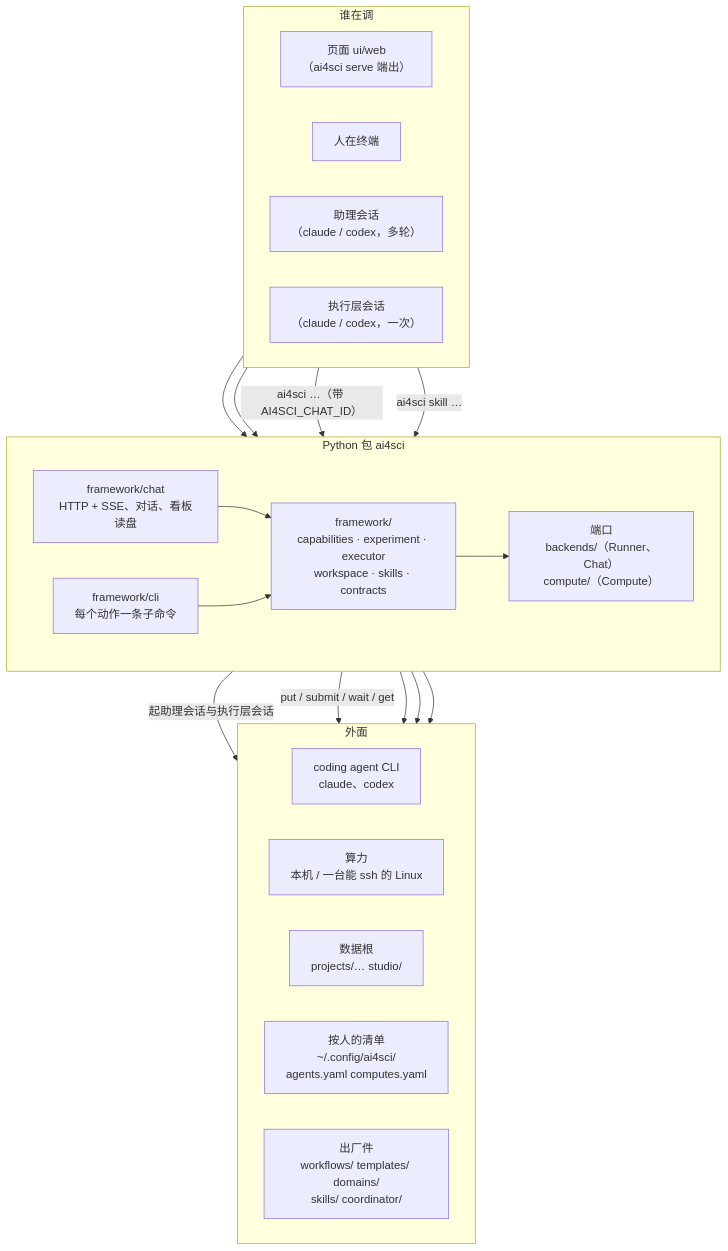
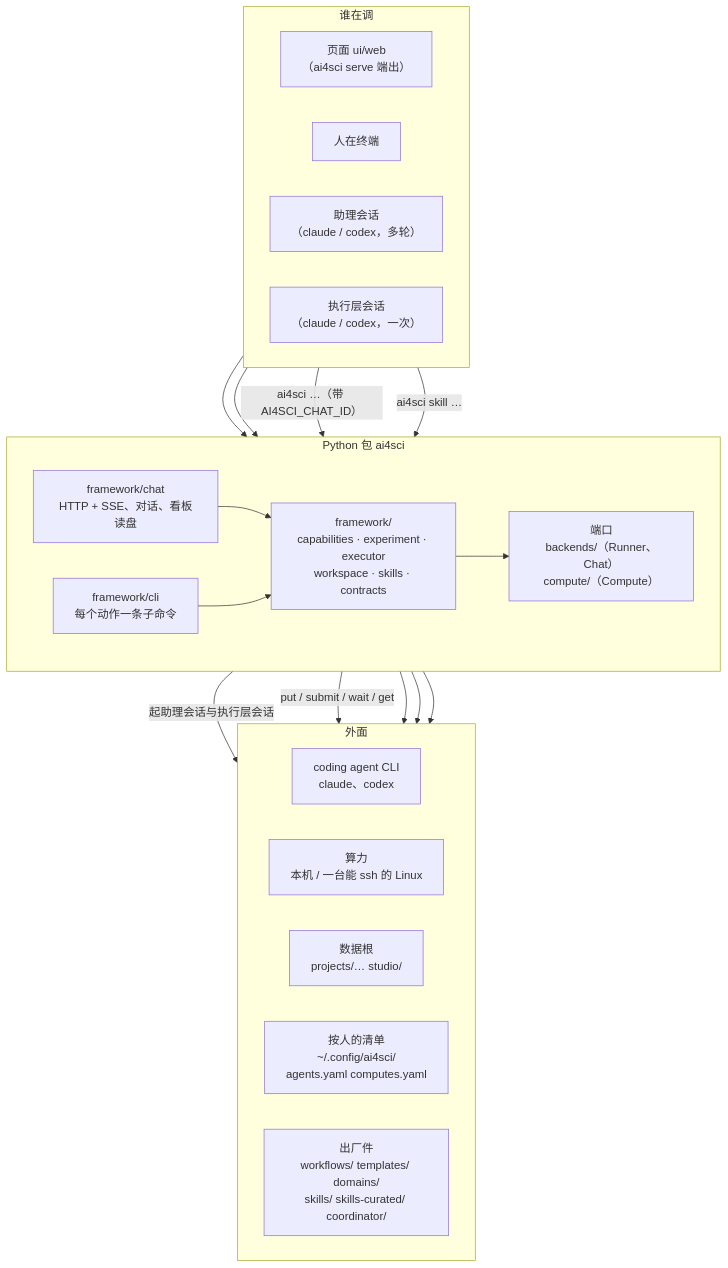
Before and after one commit to zephyr4123/TJU-AI4Science-Platform: the diagram in README.md, drawn with Mermaid. The commit also changed other lines of this file and 66 other files, not shown here.

````diff
--- a/README.md
+++ b/README.md
@@ -13,37 +13,37 @@
 ```mermaid
 flowchart TB
   subgraph CLIENTS["谁在调"]
     direction LR
     UI["页面 ui/web<br/>（ai4sci serve 端出）"]
     TERM["人在终端"]
     AST["助理会话<br/>（claude / codex，多轮）"]
     EXE["执行层会话<br/>（claude / codex，一次）"]
   end
   subgraph PKG["Python 包 ai4sci"]
     direction LR
     SRV["framework/chat<br/>HTTP + SSE、对话、看板读盘"]
     CLI["framework/cli<br/>每个动作一条子命令"]
     CORE["framework/<br/>capabilities · experiment · executor<br/>workspace · skills · contracts"]
     PORTS["端口<br/>backends/（Runner、Chat）<br/>compute/（Compute）"]
   end
   subgraph OUT["外面"]
     direction LR
     CC["coding agent CLI<br/>claude、codex"]
     MACH["算力<br/>本机 / 一台能 ssh 的 Linux"]
     DATA["数据根<br/>projects/… studio/"]
     CFG["按人的清单<br/>~/.config/ai4sci/<br/>agents.yaml computes.yaml"]
-    SHIP["出厂件<br/>workflows/ templates/ domains/<br/>skills/ coordinator/"]
+    SHIP["出厂件<br/>workflows/ templates/ domains/<br/>skills/ skills-curated/ coordinator/"]
   end
   UI --> SRV
   TERM --> CLI
   AST -- "ai4sci …（带 AI4SCI_CHAT_ID）" --> CLI
   EXE -- "ai4sci skill …" --> CLI
   SRV --> CORE
   CLI --> CORE
   CORE --> PORTS
   PORTS -- "起助理会话与执行层会话" --> CC
   PORTS -- "put / submit / wait / get" --> MACH
   CORE --> DATA
   CORE --> CFG
   CORE --> SHIP
 ```
````
